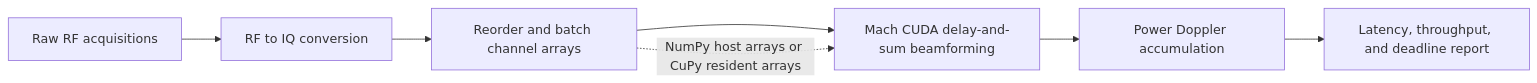
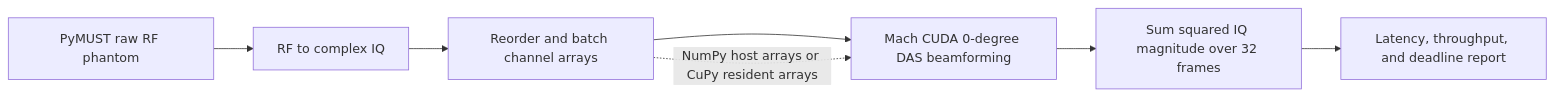
The diagram in README.md (vickgidwani/realtime-beamforming-lab), drawn with Mermaid before and after one commit. The commit also changed other lines of this file, not shown here.

````diff
--- a/README.md
+++ b/README.md
@@ -15,9 +30,9 @@
 ```mermaid
 flowchart LR
-    A[Raw RF acquisitions] --> B[RF to IQ conversion]
+    A[PyMUST raw RF phantom] --> B[RF to complex IQ]
     B --> C[Reorder and batch channel arrays]
-    C --> D[Mach CUDA delay-and-sum beamforming]
-    D --> E[Power Doppler accumulation]
+    C --> D[Mach CUDA 0-degree DAS beamforming]
+    D --> E[Sum squared IQ magnitude over 32 frames]
     E --> F[Latency, throughput, and deadline report]
     C -. NumPy host arrays or CuPy resident arrays .-> D
 ```
````
